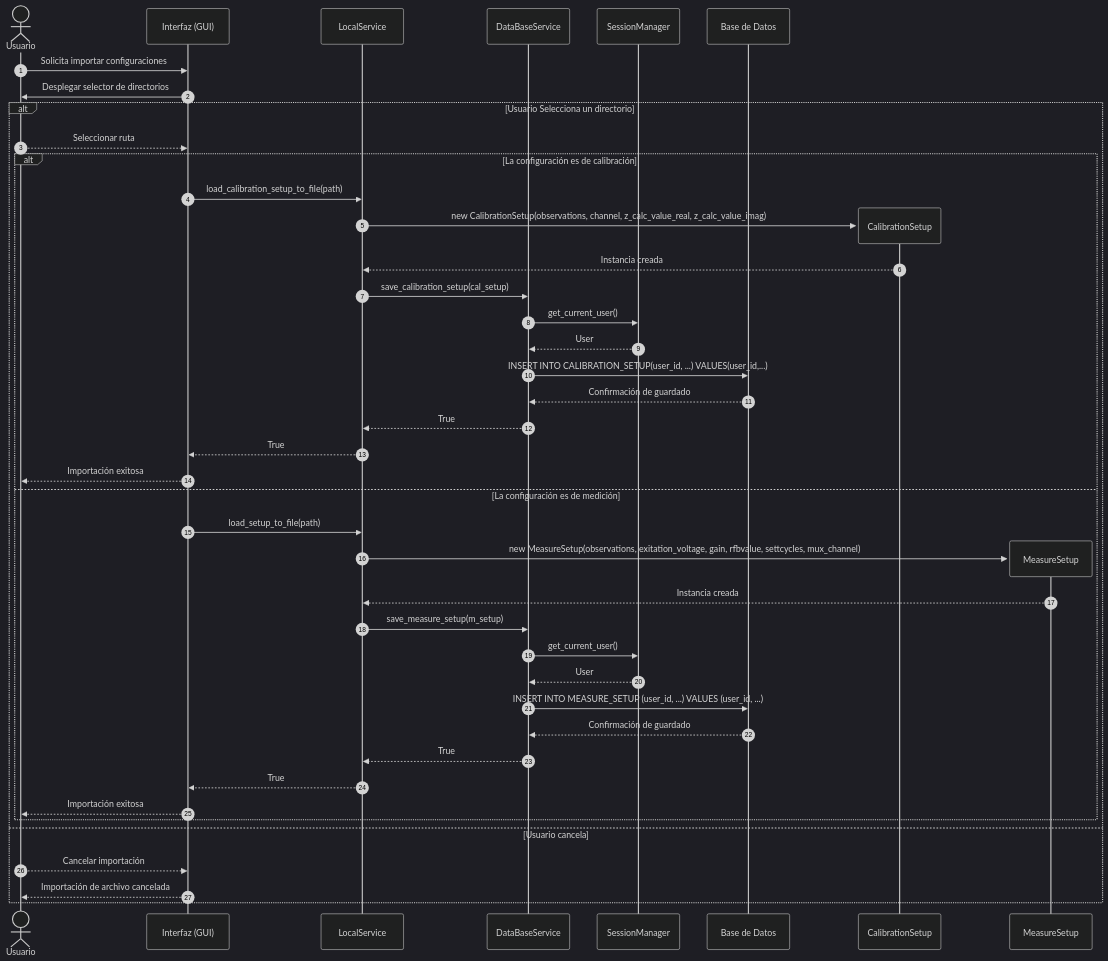
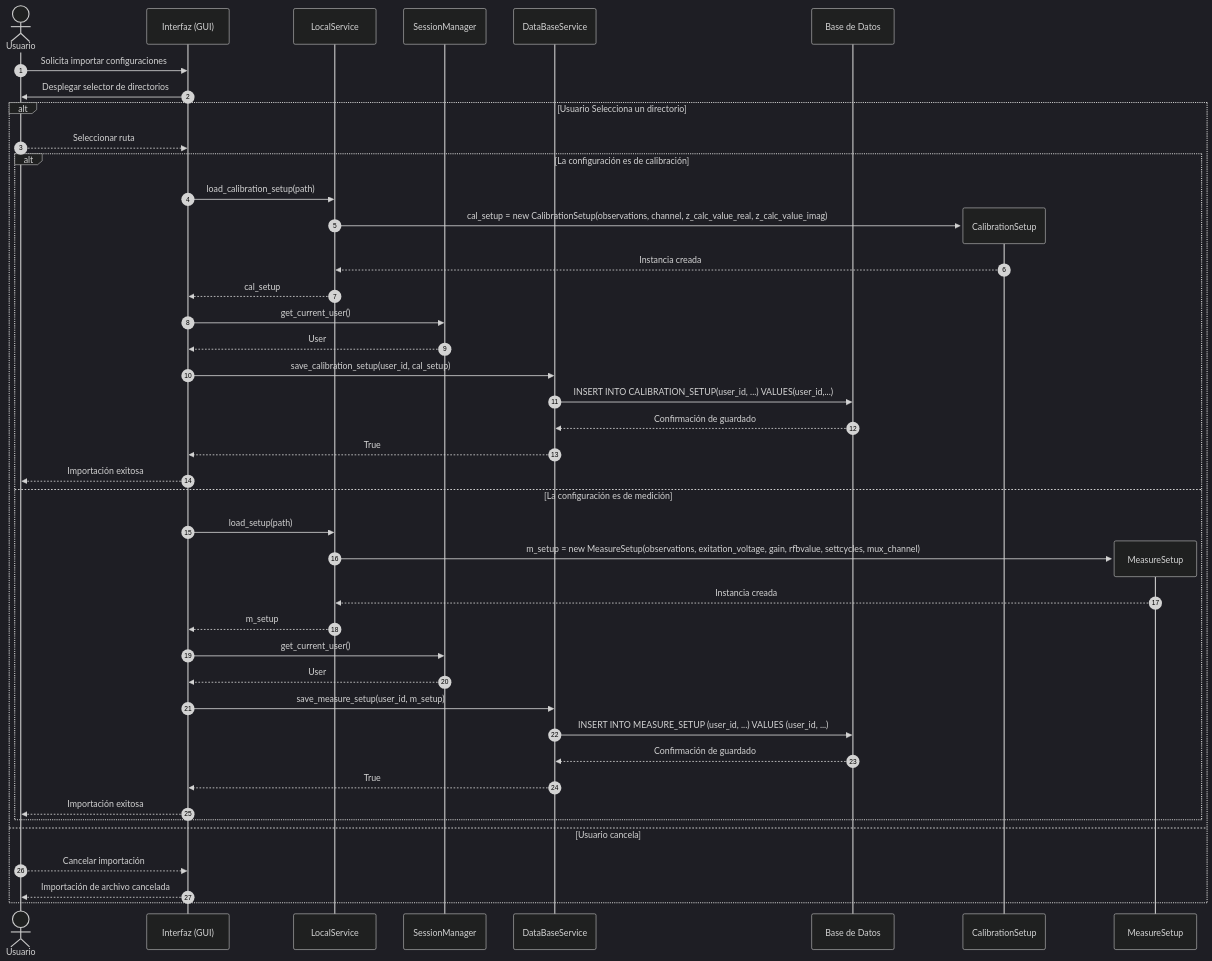
One commit to alegrelias/Repo-GMini changed the sixth of 7 diagrams in Gmini-MarkDown/Diagramas/Diagramas de Secuencia.md. Above: the diagram before and after it, drawn with Mermaid (dark theme).

Commit message:
Se agrega diagrama de secuencia

````diff
--- a/Gmini-MarkDown/Diagramas/Diagramas de Secuencia.md
+++ b/Gmini-MarkDown/Diagramas/Diagramas de Secuencia.md
@@ -186,48 +186,48 @@
 ```mermaid
 sequenceDiagram
 autonumber
 
 actor U as Usuario
 participant G as Interfaz (GUI)
 participant local as LocalService
+participant session as SessionManager
 participant dbs as DataBaseService
-participant session as SessionManager
 participant db as Base de Datos
 
 U->>G: Solicita importar configuraciones
 G->>U: Desplegar selector de directorios
 alt Usuario Selecciona un directorio
 	U-->>G: Seleccionar ruta
 	alt La configuración es de calibración
-		G->>local: load_calibration_setup_to_file(path)
+		G->>local: load_calibration_setup(path)
 		create participant C as CalibrationSetup
-		local->>C: new CalibrationSetup(observations, channel, z_calc_value_real, z_calc_value_imag)
+		local->>C: cal_setup = new CalibrationSetup(observations, channel, z_calc_value_real, z_calc_value_imag)
 		C-->>local: Instancia creada
-		local->>dbs: save_calibration_setup(cal_setup)
-		dbs->>session: get_current_user()
-		session-->>dbs: User
+		local-->>G: cal_setup
+		G->>session: get_current_user()
+		session-->>G: User
+		G->>dbs: save_calibration_setup(user_id, cal_setup)
 		dbs->>db: INSERT INTO CALIBRATION_SETUP(user_id, ...) VALUES(user_id,...)
 		db-->>dbs: Confirmación de guardado
-		dbs-->>local: True
-		local-->>G: True
+		dbs-->>G: True
 		G-->>U: Importación exitosa
 		
 	else La configuración es de medición	
-		G->>local: load_setup_to_file(path)
+		G->>local: load_setup(path)
 		create participant M as MeasureSetup
-		local->>M: new MeasureSetup(observations, exitation_voltage, gain, rfbvalue, settcycles, mux_channel)
+		local->>M: m_setup = new MeasureSetup(observations, exitation_voltage, gain, rfbvalue, settcycles, mux_channel)
 		M-->>local: Instancia creada
-		local->>dbs: save_measure_setup(m_setup)
-		dbs->>session: get_current_user()
-		session-->>dbs: User
+		local-->>G: m_setup
+		G->>session: get_current_user()
+		session-->>G: User
+		G->>dbs: save_measure_setup(user_id, m_setup)
 		dbs->>db: INSERT INTO MEASURE_SETUP (user_id, ...) VALUES (user_id, ...)
 		db-->>dbs: Confirmación de guardado
-		dbs-->>local: True
-		local-->>G: True
+		dbs-->>G: True
 		G-->>U: Importación exitosa
 	end
 else Usuario cancela
 	U-->>G: Cancelar importación
 	G-->>U: Importación de archivo cancelada
 end
 ```
````
